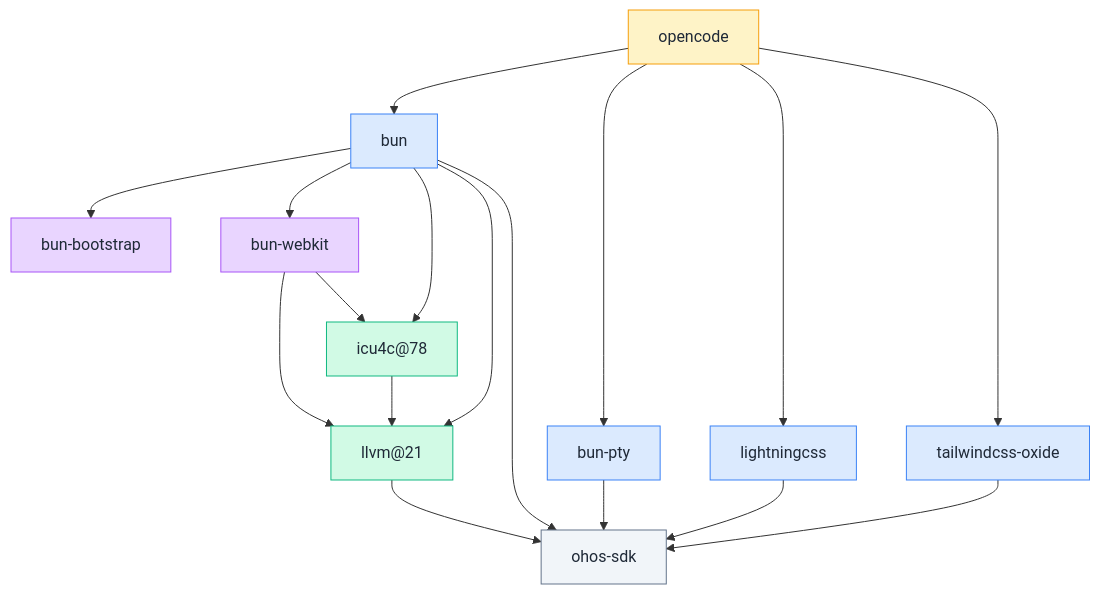
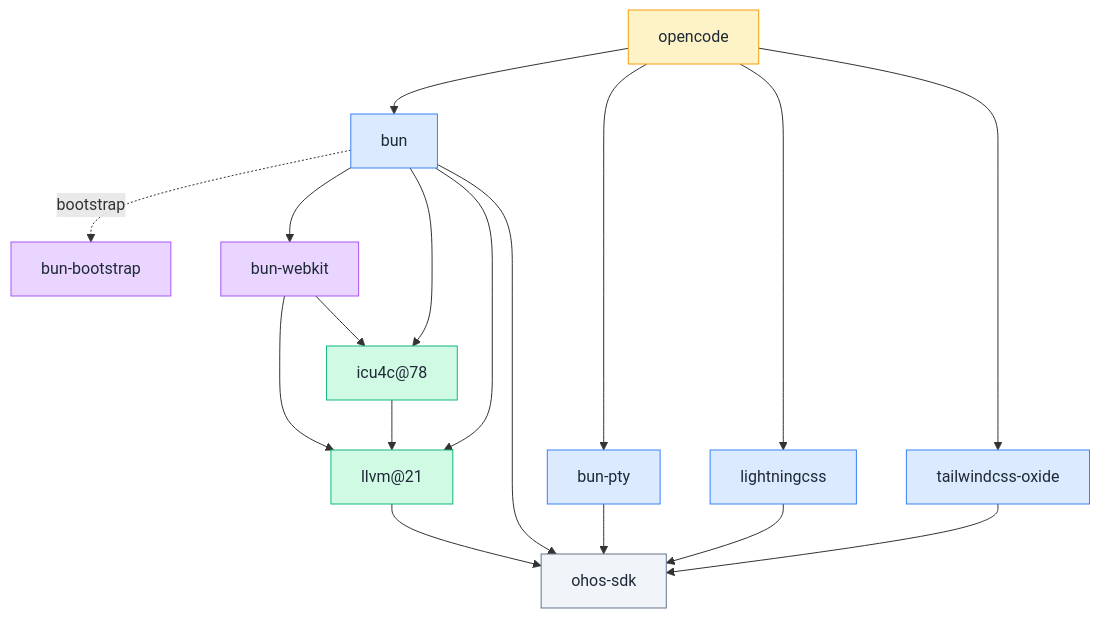
Before and after one commit to social4hyq/homebrew-core: the diagram in README.md, drawn with Mermaid. The commit also changed other lines of this file, not shown here.

Commit message:
docs: dep graph bootstrap arrow + bun commit/date in Formulae

````diff
--- a/README.md
+++ b/README.md
@@ -70,43 +70,43 @@
 ```mermaid
 graph TD
     classDef app fill:#fef3c7,stroke:#f59e0b,color:#1f2937
     classDef rt fill:#dbeafe,stroke:#3b82f6,color:#1f2937
     classDef boot fill:#e9d5ff,stroke:#a855f7,color:#1f2937
     classDef tc fill:#d1fae5,stroke:#10b981,color:#1f2937
     classDef sdk fill:#f1f5f9,stroke:#64748b,color:#1f2937
 
     opencode:::app
 
     bun:::rt
     pty[bun-pty]:::rt
     lcss[lightningcss]:::rt
     tw[tailwindcss-oxide]:::rt
 
     bb[bun-bootstrap]:::boot
     bw[bun-webkit]:::boot
 
     llvm["llvm@21"]:::tc
     icu["icu4c@78"]:::tc
 
     sdk[ohos-sdk]:::sdk
 
     opencode --> bun
     opencode --> pty
     opencode --> lcss
     opencode --> tw
 
-    bun --> bb
+    bun -.->|bootstrap| bb
     bun --> bw
     bun --> icu
     bun --> llvm
 
     bw --> llvm
     bw --> icu
     icu --> llvm
 
     llvm --> sdk
     bun --> sdk
     pty --> sdk
     lcss --> sdk
     tw --> sdk
 ```
````
